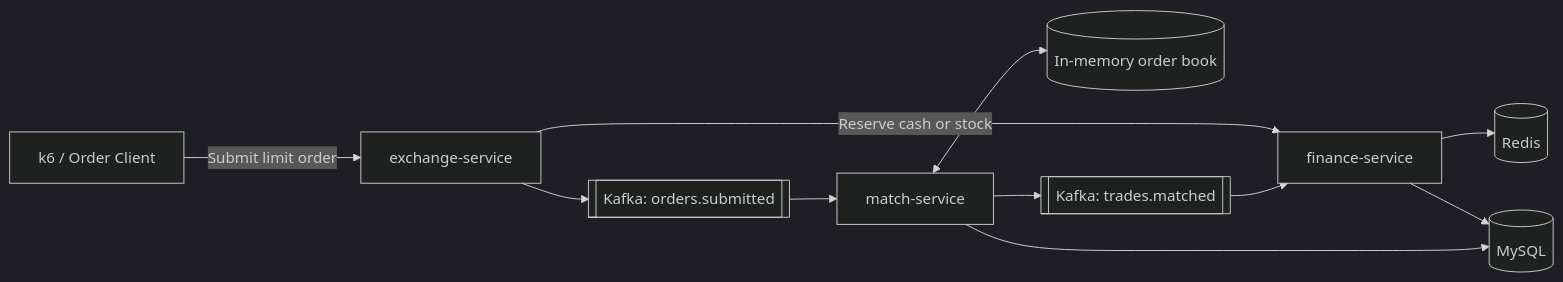
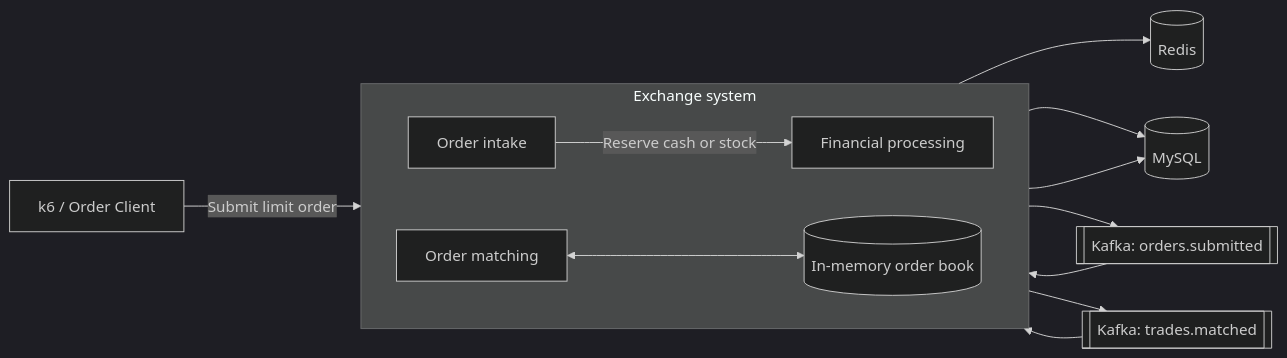
One commit to skatemonkey/exchange-lab changed the fifth of 6 diagrams in assignment/workspace/asg-2/04-proposal-draft-sections-1-7.md. Above: the diagram before and after it, drawn with Mermaid (dark theme). The commit also changed other lines of this file and 2 other files, not shown here.

````diff
--- a/assignment/workspace/asg-2/04-proposal-draft-sections-1-7.md
+++ b/assignment/workspace/asg-2/04-proposal-draft-sections-1-7.md
@@ -165,13 +226,20 @@
 ```mermaid
 flowchart LR
-    Client["k6 / Order Client"] -->|Submit limit order| Exchange["exchange-service"]
-    Exchange -->|Reserve cash or stock| Finance["finance-service"]
+    subgraph System["Exchange system"]
+        direction LR
+        Intake["Order intake"]
+        Match["Order matching"]
+        Finance["Financial processing"]
+        Book[("In-memory order book")]
+    end
+    Client["k6 / Order Client"] -->|Submit limit order| Intake
+    Intake -->|Reserve cash or stock| Finance
     Finance --> Redis[("Redis")]
     Finance --> MySQL[("MySQL")]
-    Exchange --> OrdersTopic[["Kafka: orders.submitted"]]
-    OrdersTopic --> Match["match-service"]
-    Match <--> Book[("In-memory order book")]
+    Intake --> OrdersTopic[["Kafka: orders.submitted"]]
+    OrdersTopic --> Match
+    Match <--> Book
     Match --> MySQL
     Match --> TradesTopic[["Kafka: trades.matched"]]
     TradesTopic --> Finance
 ```
````
